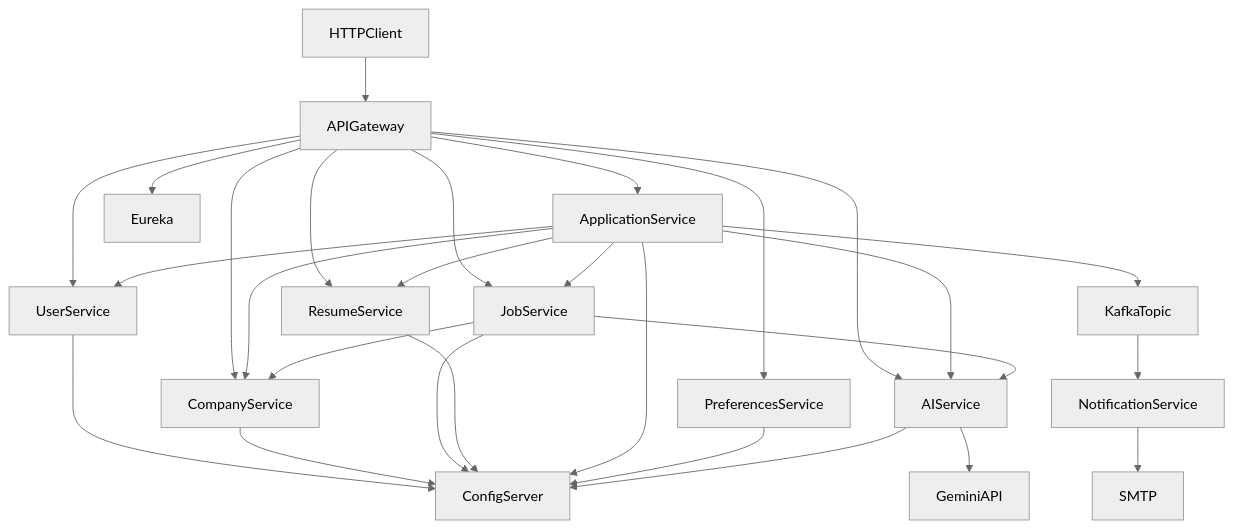
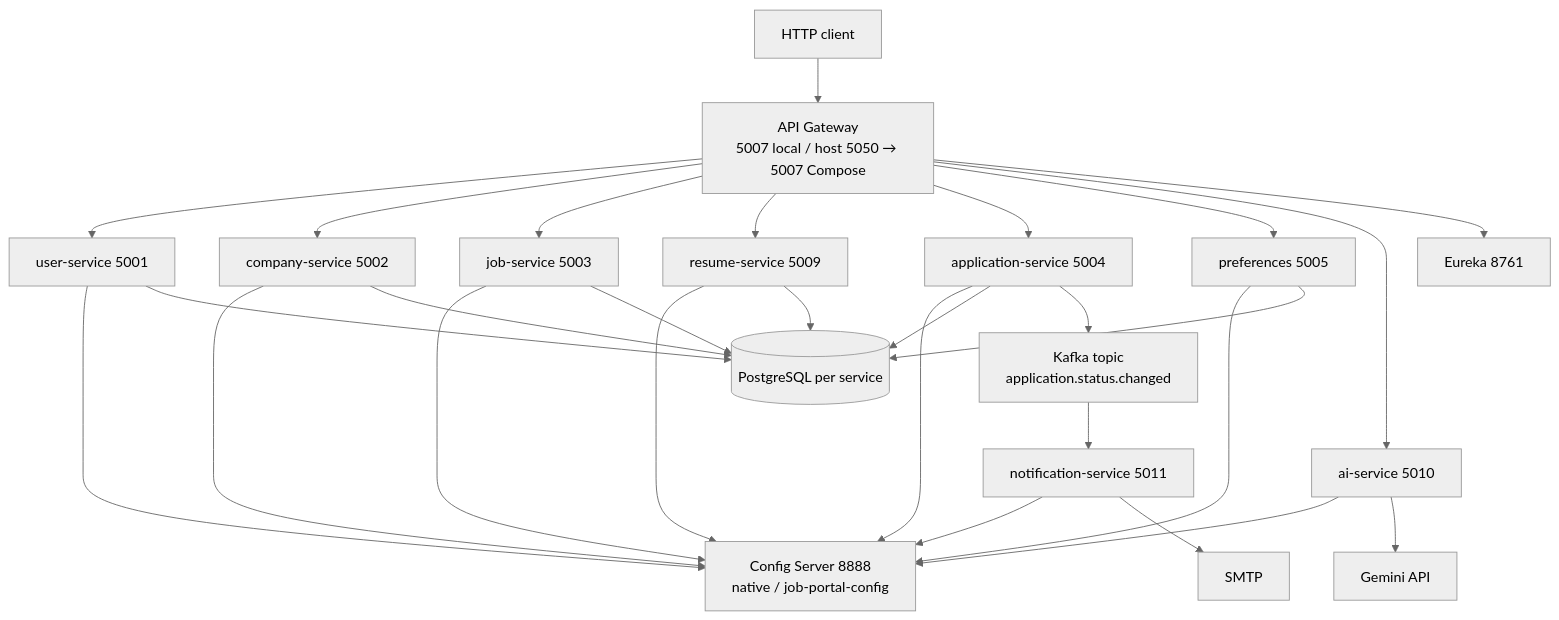
The first of 2 diagrams in docs/ARCHITECTURE.md (sameer6576/aiJobPortal), drawn with Mermaid (neutral theme) before and after one commit. The commit also changed other lines of this file and 13 other files, not shown here.

````diff
--- a/docs/ARCHITECTURE.md
+++ b/docs/ARCHITECTURE.md
@@ -9,30 +23,47 @@
 ```mermaid
 flowchart TB
-  Client[HTTPClient] --> Gateway[APIGateway]
-  Gateway --> User[UserService]
-  Gateway --> Company[CompanyService]
-  Gateway --> Job[JobService]
-  Gateway --> Resume[ResumeService]
-  Gateway --> Application[ApplicationService]
-  Gateway --> Preferences[PreferencesService]
-  Gateway --> AI[AIService]
-  Application --> User
-  Application --> Company
-  Application --> Job
-  Application --> Resume
-  Application --> AI
-  Job --> AI
-  Job --> Company
-  Application --> Kafka[KafkaTopic]
-  Kafka --> Notification[NotificationService]
-  Notification --> SMTP[SMTP]
-  AI --> Gemini[GeminiAPI]
-  Gateway --> Eureka[Eureka]
-  User --> Config[ConfigServer]
+  Client[HTTP client]
+  Gateway["API Gateway\n5007 local / host 5050 → 5007 Compose"]
+  Eureka["Eureka 8761"]
+  Config["Config Server 8888\nnative / job-portal-config"]
+  User["user-service 5001"]
+  Company["company-service 5002"]
+  Job["job-service 5003"]
+  Application["application-service 5004"]
+  Preferences["preferences 5005"]
+  Resume["resume-service 5009"]
+  AI["ai-service 5010"]
+  Notification["notification-service 5011"]
+  Kafka["Kafka topic\napplication.status.changed"]
+  SMTP[SMTP]
+  Gemini[Gemini API]
+  PG[(PostgreSQL per service)]
+
+  Client --> Gateway
+  Gateway --> User
+  Gateway --> Company
+  Gateway --> Job
+  Gateway --> Resume
+  Gateway --> Application
+  Gateway --> Preferences
+  Gateway --> AI
+  Gateway --> Eureka
+  User --> Config
   Company --> Config
   Job --> Config
   Resume --> Config
   Application --> Config
   Preferences --> Config
   AI --> Config
+  Notification --> Config
+  User --> PG
+  Company --> PG
+  Job --> PG
+  Resume --> PG
+  Application --> PG
+  Preferences --> PG
+  Application --> Kafka
+  Kafka --> Notification
+  Notification --> SMTP
+  AI --> Gemini
 ```
````
